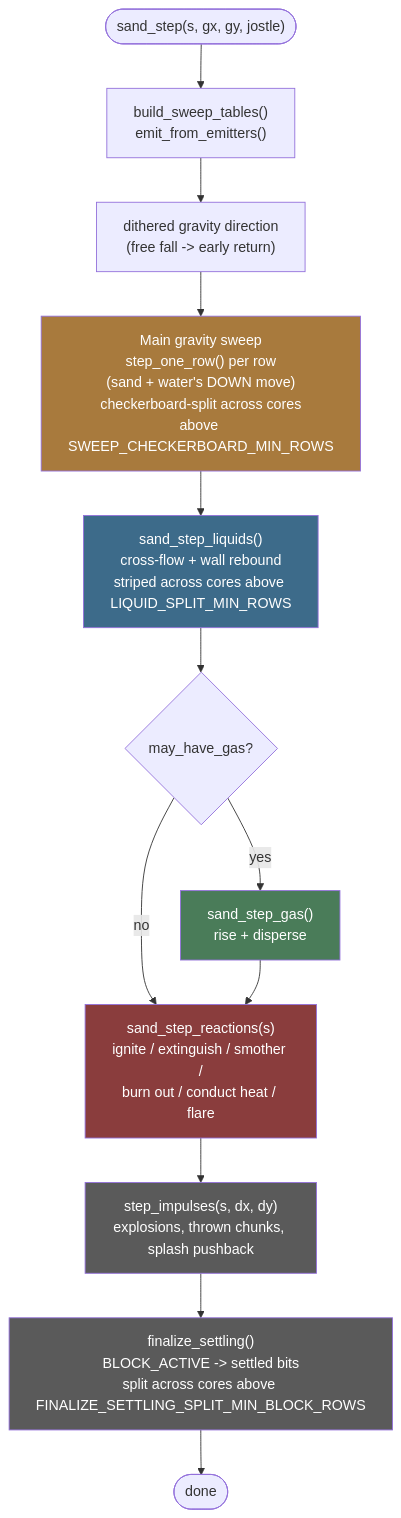
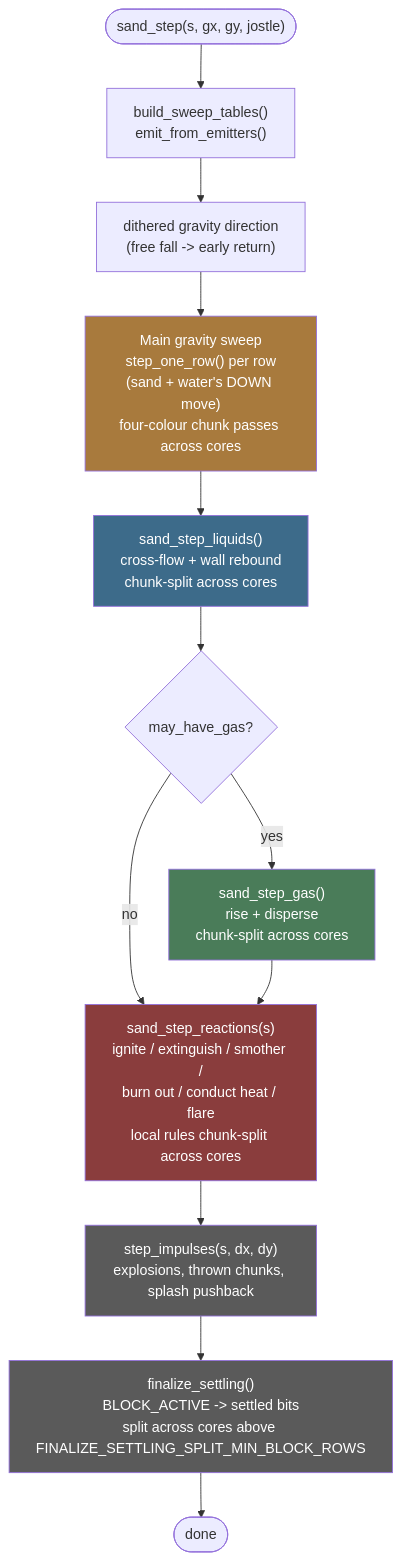
Before and after one commit to jose-villegas/autana: the first of 2 diagrams in docs/sand/Architecture.md, drawn with Mermaid. The commit also changed other lines of this file and 12 other files, not shown here.

Commit message:
sand: delete the row-stripe and guard machinery

````diff
--- a/docs/sand/Architecture.md
+++ b/docs/sand/Architecture.md
@@ -171,21 +171,31 @@
 ```mermaid
 flowchart TD
     Start(["sand_step(s, gx, gy, jostle)"]) --> Mom["build_sweep_tables()\nemit_from_emitters()"]
     Mom --> Dith["dithered gravity direction\n(free fall -> early return)"]
-    Dith --> Sweep["Main gravity sweep\nstep_one_row() per row\n(sand + water's DOWN move)\ncheckerboard-split across cores\nabove SWEEP_CHECKERBOARD_MIN_ROWS"]
-    Sweep --> Liq["sand_step_liquids()\ncross-flow + wall rebound\nstriped across cores above LIQUID_SPLIT_MIN_ROWS"]
+    Dith --> Sweep["Main gravity sweep
+step_one_row() per row
+(sand + water's DOWN move)
+four-colour chunk passes across cores"]
+    Sweep --> Liq["sand_step_liquids()
+cross-flow + wall rebound
+chunk-split across cores"]
     Liq --> GasCheck{"may_have_gas?"}
-    GasCheck -- yes --> Gas["sand_step_gas()\nrise + disperse"]
+    GasCheck -- yes --> Gas["sand_step_gas()
+rise + disperse
+chunk-split across cores"]
     GasCheck -- no --> React
-    Gas --> React["sand_step_reactions(s)\nignite / extinguish / smother /\nburn out / conduct heat / flare"]
+    Gas --> React["sand_step_reactions(s)
+ignite / extinguish / smother /
+burn out / conduct heat / flare
+local rules chunk-split across cores"]
     React --> Imp["step_impulses(s, dx, dy)\nexplosions, thrown chunks, splash pushback"]
     Imp --> Fin["finalize_settling()\nBLOCK_ACTIVE -> settled bits\nsplit across cores above FINALIZE_SETTLING_SPLIT_MIN_BLOCK_ROWS"]
     Fin --> End(["done"])
 
     style Sweep fill:#a87a3d,color:#fff
     style Liq fill:#3d6b8a,color:#fff
     style Gas fill:#4a7c59,color:#fff
     style React fill:#8a3d3d,color:#fff
     style Imp fill:#5a5a5a,color:#fff
     style Fin fill:#5a5a5a,color:#fff
 ```
````
